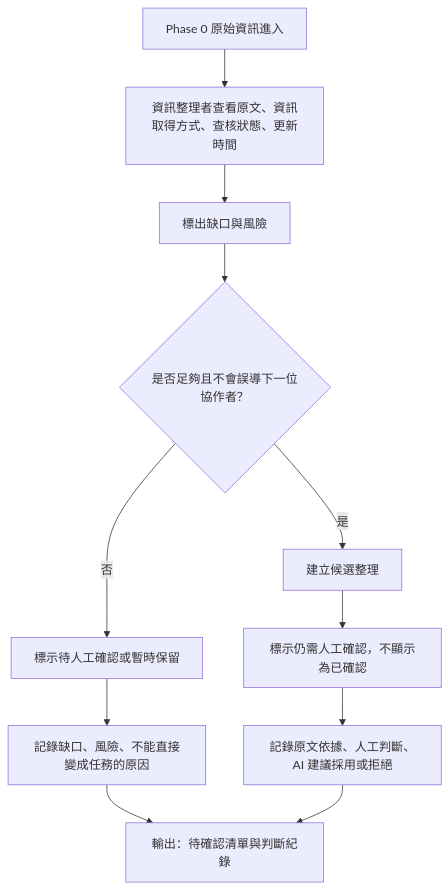
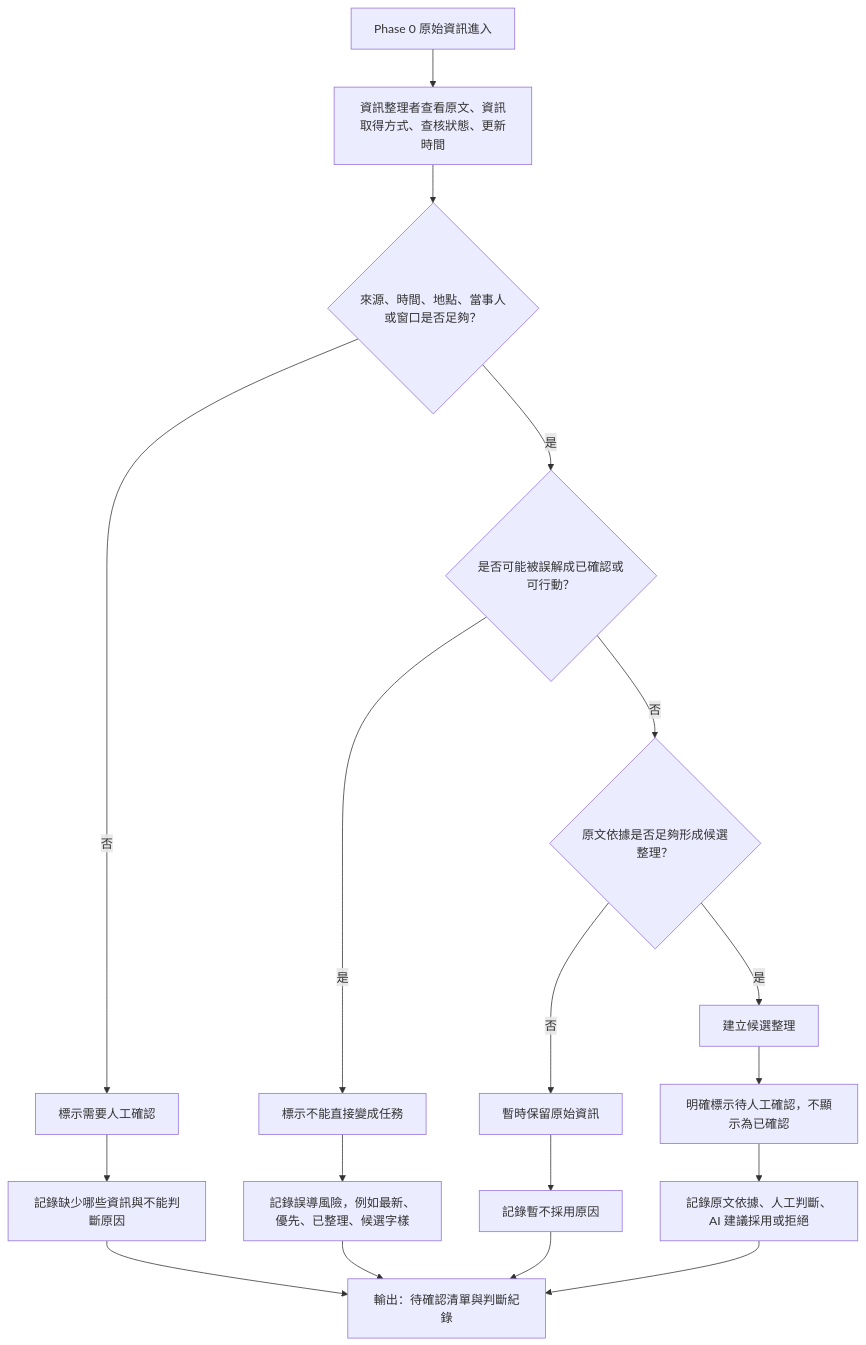
The diagram in docs/flow.md (SITCON-Camp-2026/t5-m4-se-disaster), drawn with Mermaid before and after one commit. The commit also changed other lines of this file and 8 other files, not shown here.

````diff
--- a/docs/flow.md
+++ b/docs/flow.md
@@ -33,13 +33,20 @@
 ```mermaid
 flowchart TD
   A[Phase 0 原始資訊進入] --> B[資訊整理者查看原文、資訊取得方式、查核狀態、更新時間]
-  B --> C[標出缺口與風險]
-  C --> D{是否足夠且不會誤導下一位協作者？}
-  D -->|否| E[標示待人工確認或暫時保留]
-  E --> F[記錄缺口、風險、不能直接變成任務的原因]
-  D -->|是| G[建立候選整理]
-  G --> H[標示仍需人工確認，不顯示為已確認]
-  H --> I[記錄原文依據、人工判斷、AI 建議採用或拒絕]
-  F --> J[輸出：待確認清單與判斷紀錄]
-  I --> J
+  B --> C{來源、時間、地點、當事人或窗口是否足夠？}
+  C -->|否| D[標示需要人工確認]
+  D --> E[記錄缺少哪些資訊與不能判斷原因]
+  C -->|是| F{是否可能被誤解成已確認或可行動？}
+  F -->|是| G[標示不能直接變成任務]
+  G --> H[記錄誤導風險，例如最新、優先、已整理、候選字樣]
+  F -->|否| I{原文依據是否足夠形成候選整理？}
+  I -->|否| J[暫時保留原始資訊]
+  J --> K[記錄暫不採用原因]
+  I -->|是| L[建立候選整理]
+  L --> M[明確標示待人工確認，不顯示為已確認]
+  M --> N[記錄原文依據、人工判斷、AI 建議採用或拒絕]
+  E --> O[輸出：待確認清單與判斷紀錄]
+  H --> O
+  K --> O
+  N --> O
 ```
````
